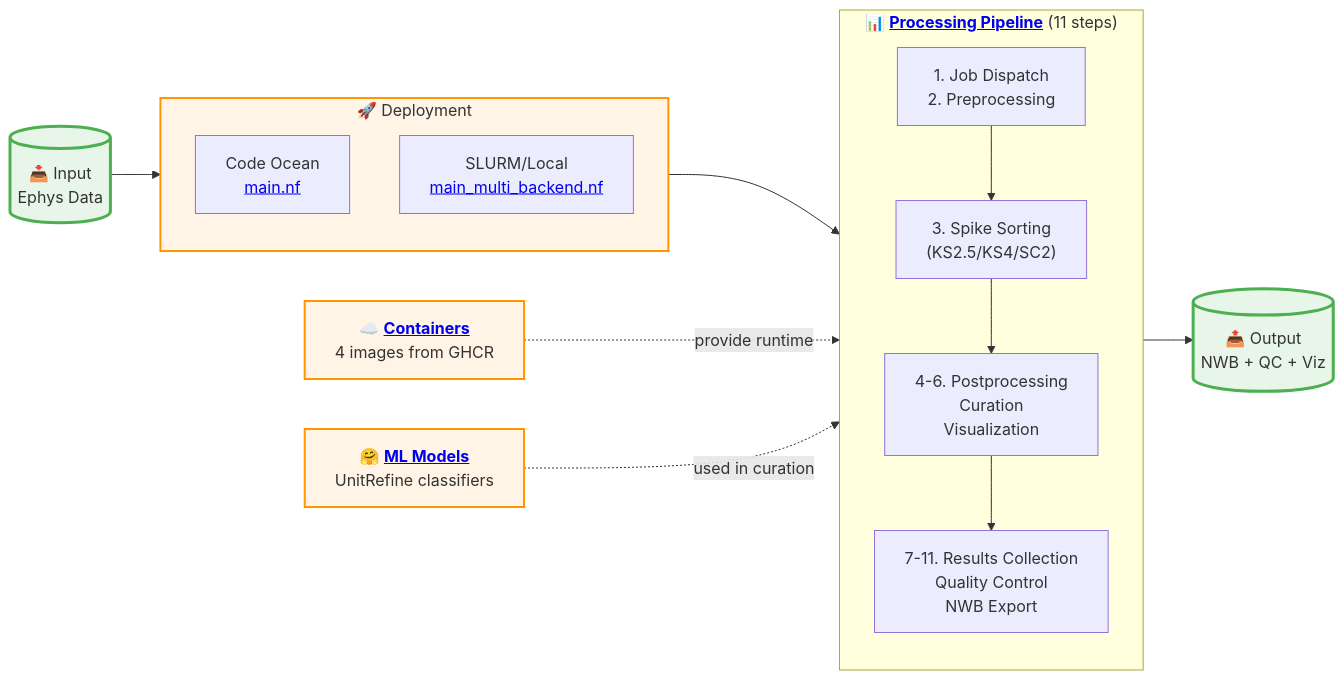
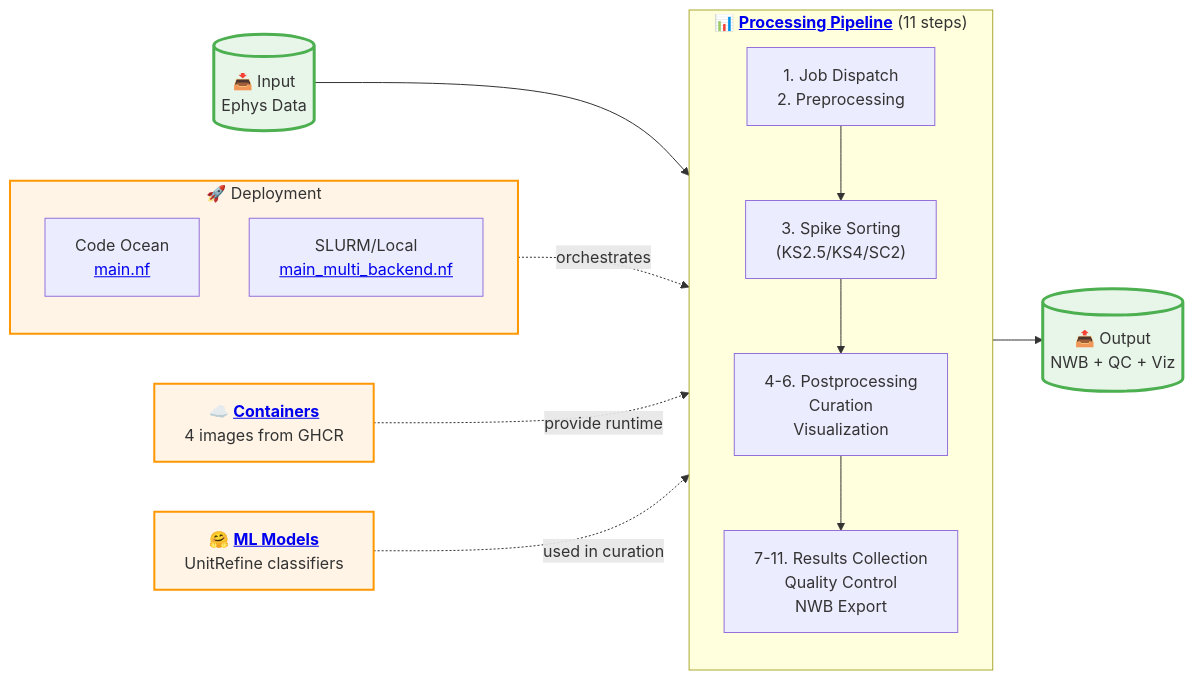
Before and after one commit to AllenNeuralDynamics/aind-ephys-pipeline: the diagram in README.md, drawn with Mermaid.

Commit message:
Improve data flow in architecture diagram
Change input to flow directly into processing pipeline rather than
through deployment. Deployment now shown as orchestrating the pipeline
execution via dashed arrow.

This better represents the conceptual model:
- Data flow: Input → Pipeline → Output
- Deployment: Controls HOW pipeline executes (execution mode)
- Infrastructure: Provides runtime and models

````diff
--- a/README.md
+++ b/README.md
@@ -12,42 +12,42 @@
 ```mermaid
 flowchart LR
     %% Input/Output
     input[("📥 Input<br/>Ephys Data")]
     output[("📤 Output<br/>NWB + QC + Viz")]
 
     %% Deployment
     subgraph deploy["🚀 Deployment"]
         direction TB
         co["Code Ocean<br/><a href='pipeline/main.nf'>main.nf</a>"]
         sl["SLURM/Local<br/><a href='pipeline/main_multi_backend.nf'>main_multi_backend.nf</a>"]
     end
 
     %% Infrastructure (link to detailed docs)
     containers["☁️ <b><a href='https://aind-ephys-pipeline.readthedocs.io/en/latest/architecture.html#infrastructure-components'>Containers</a></b><br/>4 images from GHCR"]
     models["🤗 <b><a href='https://aind-ephys-pipeline.readthedocs.io/en/latest/architecture.html#infrastructure-components'>ML Models</a></b><br/>UnitRefine classifiers"]
 
     %% Pipeline (simplified)
     subgraph pipeline["📊 <b><a href='https://aind-ephys-pipeline.readthedocs.io/en/latest/architecture.html'>Processing Pipeline</a></b> (11 steps)"]
         direction TB
         prep["1. Job Dispatch<br/>2. Preprocessing"]
         sort["3. Spike Sorting<br/>(KS2.5/KS4/SC2)"]
         post["4-6. Postprocessing<br/>Curation<br/>Visualization"]
         final["7-11. Results Collection<br/>Quality Control<br/>NWB Export"]
 
         prep --> sort --> post --> final
     end
 
     %% Connections
-    input --> deploy
-    deploy --> pipeline
+    input --> pipeline
+    deploy -.->|"orchestrates"| pipeline
     containers -.->|"provide runtime"| pipeline
     models -.->|"used in curation"| pipeline
     pipeline --> output
 
     %% Styling
     classDef infra fill:#fff4e6,stroke:#ff9800,stroke-width:2px
     classDef data fill:#e8f5e9,stroke:#4caf50,stroke-width:3px
 
     class containers,models,deploy infra
     class input,output data
 ```
````
